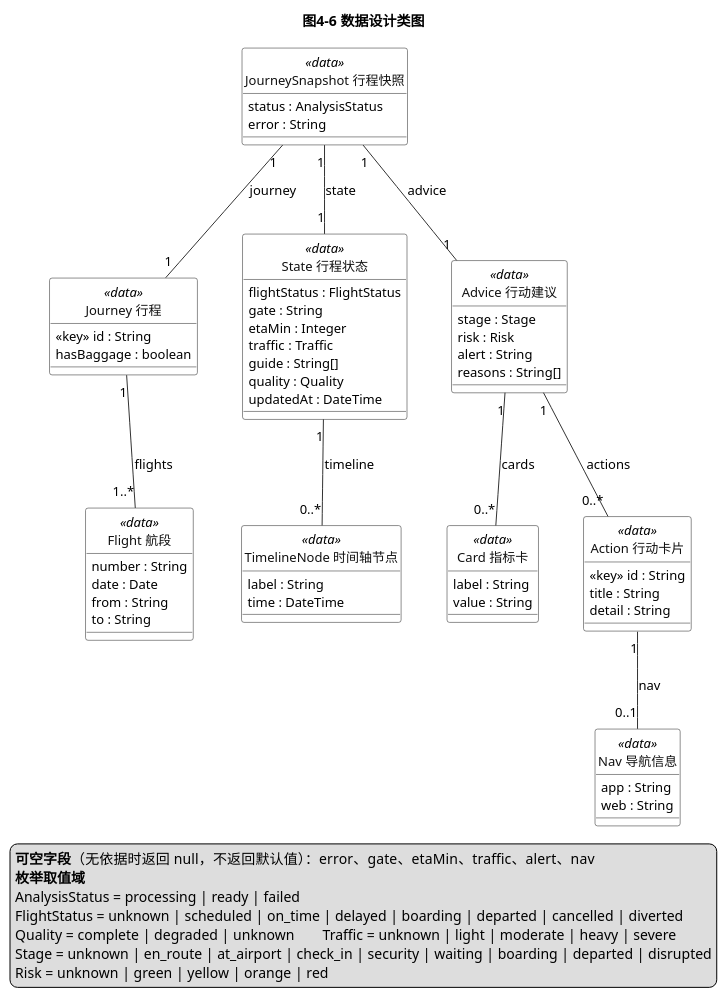
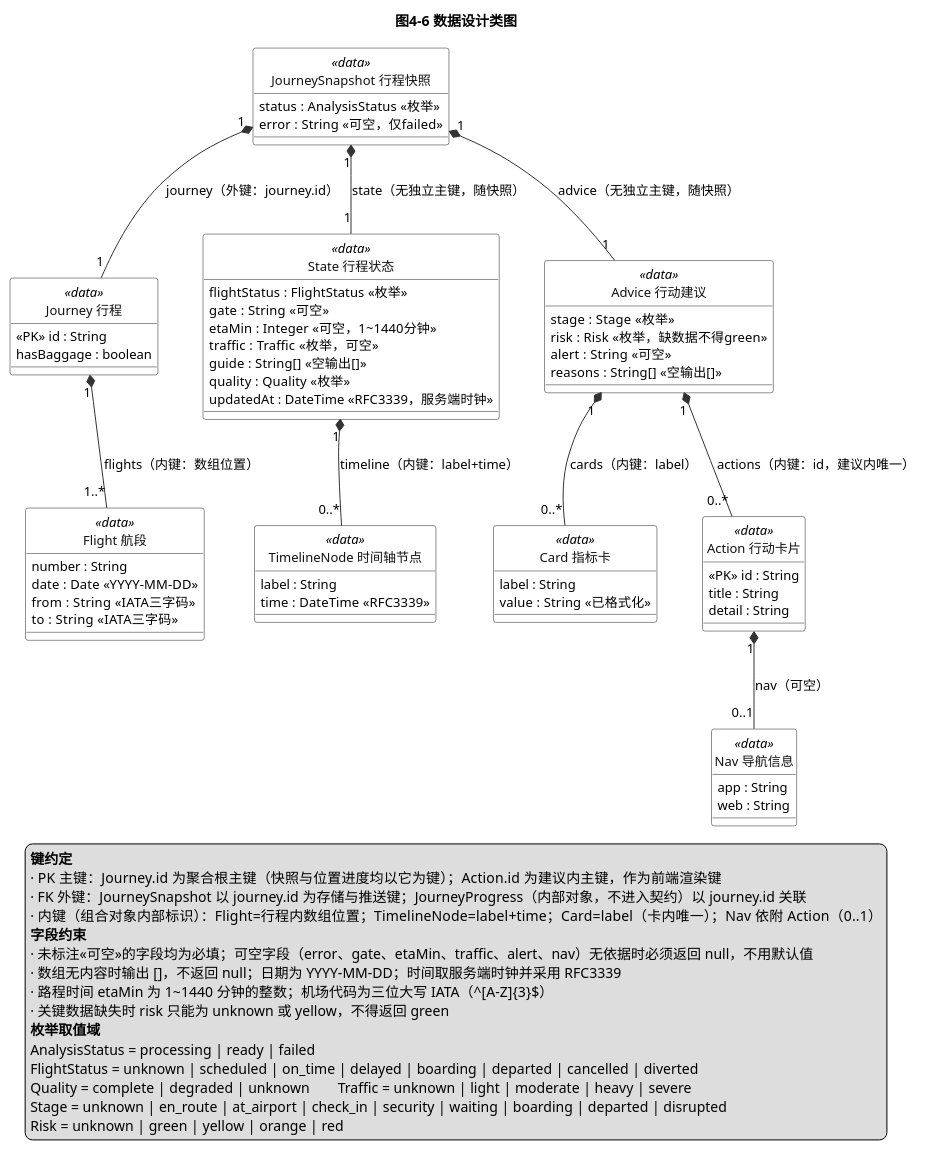
Before and after one commit to CHYUQI/aviation-journey-agent: the diagram in docs/uml/4-6_data_design_class_diagram.puml, drawn with PlantUML. The commit also changed 18 other files, not shown here.

First line of the commit message:
feat: Update design class diagrams and add detailed design views

```diff
--- a/docs/uml/4-6_data_design_class_diagram.puml
+++ b/docs/uml/4-6_data_design_class_diagram.puml
@@ -1,104 +1,113 @@
 @startuml
-' 图4-6 数据设计类图
-' 类与字段严格取自 docs/api/openapi.yaml 的 schemas 定义，不新增字段
+' 图4-6 数据设计类图（含主外键、字段约束与枚举标注）
+' 类与字段取自 docs/api/openapi.yaml 的 schemas 定义，不新增契约字段；
+' 键与约束标注综合契约要求与实现约定：PK=主键，FK=外键（引用键），内键=组合对象内部标识。
 
 skinparam defaultFontName "Microsoft YaHei"
 skinparam defaultFontSize 13
 skinparam shadowing false
 skinparam classAttributeIconSize 0
 skinparam classBackgroundColor #FFFFFF
 skinparam classBorderColor #1F1F1F
 skinparam classFontColor #111111
 skinparam ArrowColor #333333
 skinparam nodesep 45
 skinparam ranksep 70
 
 hide circle
 top to bottom direction
 
 title 图4-6 数据设计类图
 
 class "JourneySnapshot 行程快照" as Snapshot <<data>> {
-  status : AnalysisStatus
-  error : String
+  status : AnalysisStatus  «枚举»
+  error : String  «可空，仅failed»
 }
 
 class "Journey 行程" as Journey <<data>> {
-  «key» id : String
+  «PK» id : String
   hasBaggage : boolean
 }
 
 class "State 行程状态" as State <<data>> {
-  flightStatus : FlightStatus
-  gate : String
-  etaMin : Integer
-  traffic : Traffic
-  guide : String[]
-  quality : Quality
-  updatedAt : DateTime
+  flightStatus : FlightStatus  «枚举»
+  gate : String  «可空»
+  etaMin : Integer  «可空，1~1440分钟»
+  traffic : Traffic  «枚举，可空»
+  guide : String[]  «空输出[]»
+  quality : Quality  «枚举»
+  updatedAt : DateTime  «RFC3339，服务端时钟»
 }
 
 class "Advice 行动建议" as Advice <<data>> {
-  stage : Stage
-  risk : Risk
-  alert : String
-  reasons : String[]
+  stage : Stage  «枚举»
+  risk : Risk  «枚举，缺数据不得green»
+  alert : String  «可空»
+  reasons : String[]  «空输出[]»
 }
 
 class "Flight 航段" as Flight <<data>> {
   number : String
-  date : Date
-  from : String
-  to : String
+  date : Date  «YYYY-MM-DD»
+  from : String  «IATA三字码»
+  to : String  «IATA三字码»
 }
 
 class "TimelineNode 时间轴节点" as TimelineNode <<data>> {
   label : String
-  time : DateTime
+  time : DateTime  «RFC3339»
 }
 
 class "Card 指标卡" as Card <<data>> {
   label : String
-  value : String
+  value : String  «已格式化»
 }
 
 class "Action 行动卡片" as Action <<data>> {
-  «key» id : String
+  «PK» id : String
   title : String
   detail : String
 }
 
 class "Nav 导航信息" as Nav <<data>> {
   app : String
   web : String
 }
 
-' ===== 组合关系与多重度（标签为承载该子对象的字段名）=====
-Snapshot "1" -- "1" Journey : journey
-Snapshot "1" -- "1" State : state
-Snapshot "1" -- "1" Advice : advice
+' ===== 组合关系、多重度与键（标签为承载该子对象的字段名）=====
+Snapshot "1" *-- "1" Journey : journey（外键：journey.id）
+Snapshot "1" *-- "1" State : state（无独立主键，随快照）
+Snapshot "1" *-- "1" Advice : advice（无独立主键，随快照）
 
-Journey "1" -- "1..*" Flight : flights
-State "1" -- "0..*" TimelineNode : timeline
-Advice "1" -- "0..*" Card : cards
-Advice "1" -- "0..*" Action : actions
-Action "1" -- "0..1" Nav : nav
+Journey "1" *-- "1..*" Flight : flights（内键：数组位置）
+State "1" *-- "0..*" TimelineNode : timeline（内键：label+time）
+Advice "1" *-- "0..*" Card : cards（内键：label）
+Advice "1" *-- "0..*" Action : actions（内键：id，建议内唯一）
+Action "1" *-- "0..1" Nav : nav（可空）
 
 ' ===== 固定各列横向顺序 =====
 Journey -[hidden]right- State
 State -[hidden]right- Advice
 Flight -[hidden]right- TimelineNode
 TimelineNode -[hidden]right- Card
 Card -[hidden]right- Action
 
 legend bottom
-  <b>可空字段</b>（无依据时返回 null，不返回默认值）：error、gate、etaMin、traffic、alert、nav
+  <b>键约定</b>
+  · PK 主键：Journey.id 为聚合根主键（快照与位置进度均以它为键）；Action.id 为建议内主键，作为前端渲染键
+  · FK 外键：JourneySnapshot 以 journey.id 为存储与推送键；JourneyProgress（内部对象，不进入契约）以 journey.id 关联
+  · 内键（组合对象内部标识）：Flight=行程内数组位置；TimelineNode=label+time；Card=label（卡内唯一）；Nav 依附 Action（0..1）
+  <b>字段约束</b>
+  · 未标注«可空»的字段均为必填；可空字段（error、gate、etaMin、traffic、alert、nav）无依据时必须返回 null，不用默认值
+  · 数组无内容时输出 []，不返回 null；日期为 YYYY-MM-DD；时间取服务端时钟并采用 RFC3339
+  · 路程时间 etaMin 为 1~1440 分钟的整数；机场代码为三位大写 IATA（^[A-Z]{3}$）
+  · 关键数据缺失时 risk 只能为 unknown 或 yellow，不得返回 green
   <b>枚举取值域</b>
   AnalysisStatus = processing | ready | failed
   FlightStatus = unknown | scheduled | on_time | delayed | boarding | departed | cancelled | diverted
   Quality = complete | degraded | unknown　　Traffic = unknown | light | moderate | heavy | severe
   Stage = unknown | en_route | at_airport | check_in | security | waiting | boarding | departed | disrupted
   Risk = unknown | green | yellow | orange | red
 endlegend
 
 @enduml
```
